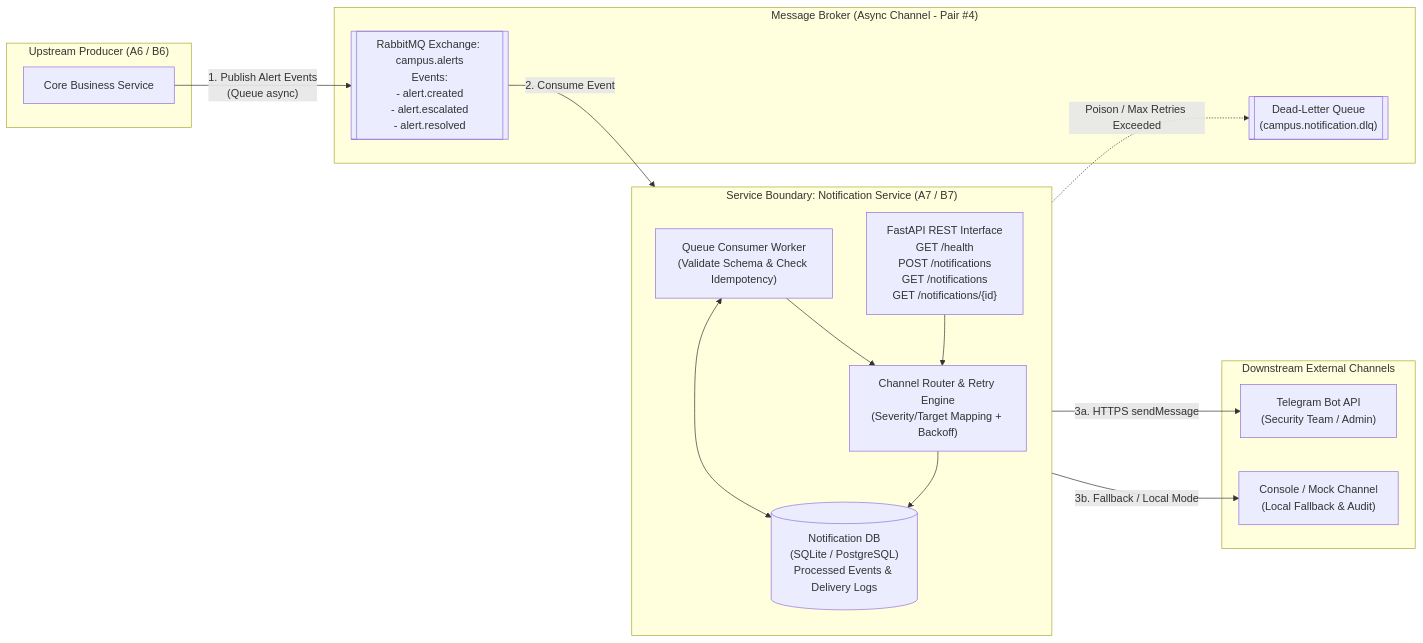
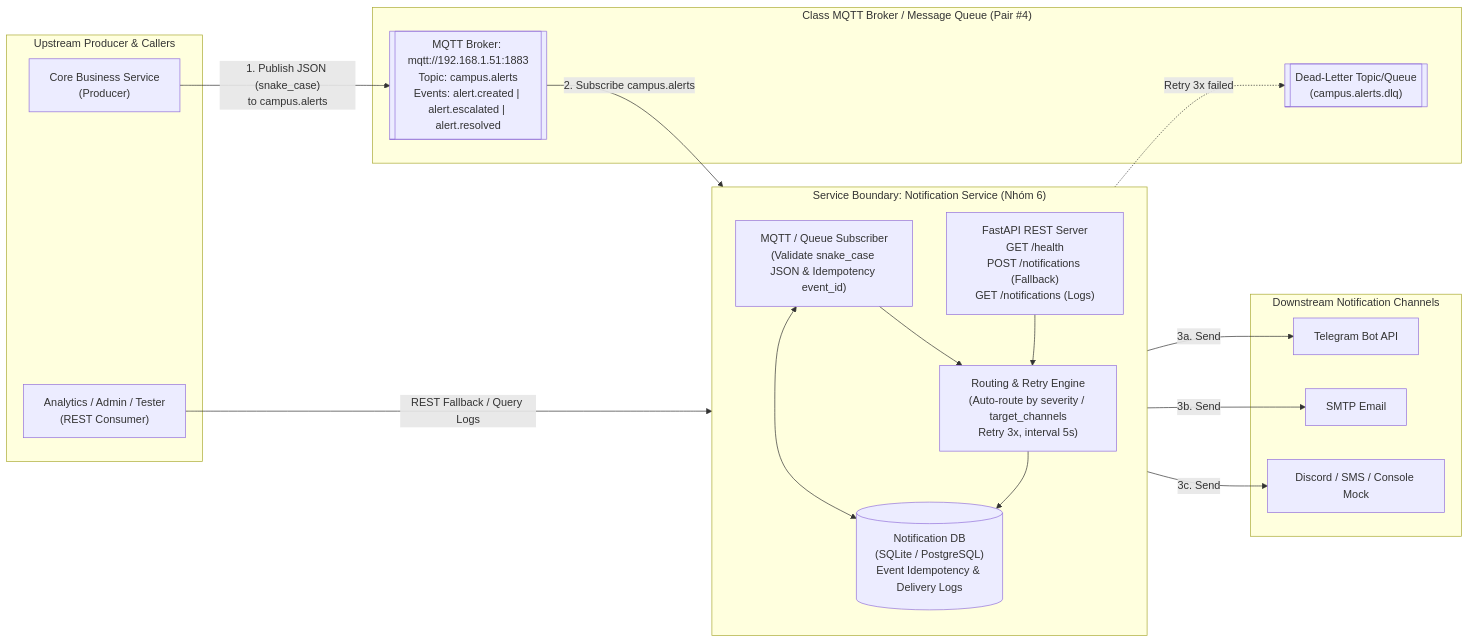
The diagram in 01_Setup/evidence/buoi-01/service-boundary.md (1677030156NguyenMinhPhuongKHMT17-01/Notification_Service), drawn with Mermaid before and after one commit. The commit also changed other lines of this file and 2 other files, not shown here.

Commit message:
lab01: sync Notification Service boundary with event-contract-04-core-notification.md and MQTT broker config

````diff
--- a/01_Setup/evidence/buoi-01/service-boundary.md
+++ b/01_Setup/evidence/buoi-01/service-boundary.md
@@ -191,35 +227,39 @@
 ```mermaid
 flowchart LR
-    subgraph Upstream ["Upstream Producer (A6 / B6)"]
-        CORE["Core Business Service"]
+    subgraph Upstream ["Upstream Producer & Callers"]
+        CORE["Core Business Service<br/>(Producer)"]
+        CALLER["Analytics / Admin / Tester<br/>(REST Consumer)"]
     end
 
-    subgraph Broker ["Message Broker (Async Channel - Pair #4)"]
-        MQ[["RabbitMQ Exchange: campus.alerts<br/>Events:<br/>- alert.created<br/>- alert.escalated<br/>- alert.resolved"]]
-        DLQ[["Dead-Letter Queue<br/>(campus.notification.dlq)"]]
+    subgraph Broker ["Class MQTT Broker / Message Queue (Pair #4)"]
+        MQTT[["MQTT Broker: mqtt://192.168.1.51:1883<br/>Topic: campus.alerts<br/>Events: alert.created | alert.escalated | alert.resolved"]]
+        DLQ[["Dead-Letter Topic/Queue<br/>(campus.alerts.dlq)"]]
     end
 
-    subgraph Boundary ["Service Boundary: Notification Service (A7 / B7)"]
+    subgraph Boundary ["Service Boundary: Notification Service (Nhóm 6)"]
         direction TB
-        WORKER["Queue Consumer Worker<br/>(Validate Schema & Check Idempotency)"]
-        API["FastAPI REST Interface<br/>GET /health<br/>POST /notifications<br/>GET /notifications<br/>GET /notifications/{id}"]
-        ROUTER["Channel Router & Retry Engine<br/>(Severity/Target Mapping + Backoff)"]
-        DB[("Notification DB<br/>(SQLite / PostgreSQL)<br/>Processed Events & Delivery Logs")]
+        SUB["MQTT / Queue Subscriber<br/>(Validate snake_case JSON & Idempotency event_id)"]
+        REST["FastAPI REST Server<br/>GET /health<br/>POST /notifications (Fallback)<br/>GET /notifications (Logs)"]
+        ENGINE["Routing & Retry Engine<br/>(Auto-route by severity / target_channels<br/>Retry 3x, interval 5s)"]
+        DB[("Notification DB<br/>(SQLite / PostgreSQL)<br/>Event Idempotency & Delivery Logs")]
 
-        WORKER --> ROUTER
-        API --> ROUTER
-        WORKER <--> DB
-        ROUTER --> DB
+        SUB --> ENGINE
+        REST --> ENGINE
+        SUB <--> DB
+        ENGINE --> DB
     end
 
-    subgraph Downstream ["Downstream External Channels"]
-        TG["Telegram Bot API<br/>(Security Team / Admin)"]
-        CONSOLE["Console / Mock Channel<br/>(Local Fallback & Audit)"]
+    subgraph Channels ["Downstream Notification Channels"]
+        TG["Telegram Bot API"]
+        EMAIL["SMTP Email"]
+        OTHER["Discord / SMS / Console Mock"]
     end
 
-    CORE -->|"1. Publish Alert Events<br/>(Queue async)"| MQ
-    MQ -->|"2. Consume Event"| WORKER
-    WORKER -.->|"Poison / Max Retries Exceeded"| DLQ
-    ROUTER -->|"3a. HTTPS sendMessage"| TG
-    ROUTER -->|"3b. Fallback / Local Mode"| CONSOLE
+    CORE -->|"1. Publish JSON (snake_case)<br/>to campus.alerts"| MQTT
+    MQTT -->|"2. Subscribe campus.alerts"| SUB
+    CALLER -->|"REST Fallback / Query Logs"| REST
+    ENGINE -.->|"Retry 3x failed"| DLQ
+    ENGINE -->|"3a. Send"| TG
+    ENGINE -->|"3b. Send"| EMAIL
+    ENGINE -->|"3c. Send"| OTHER
 ```
````
